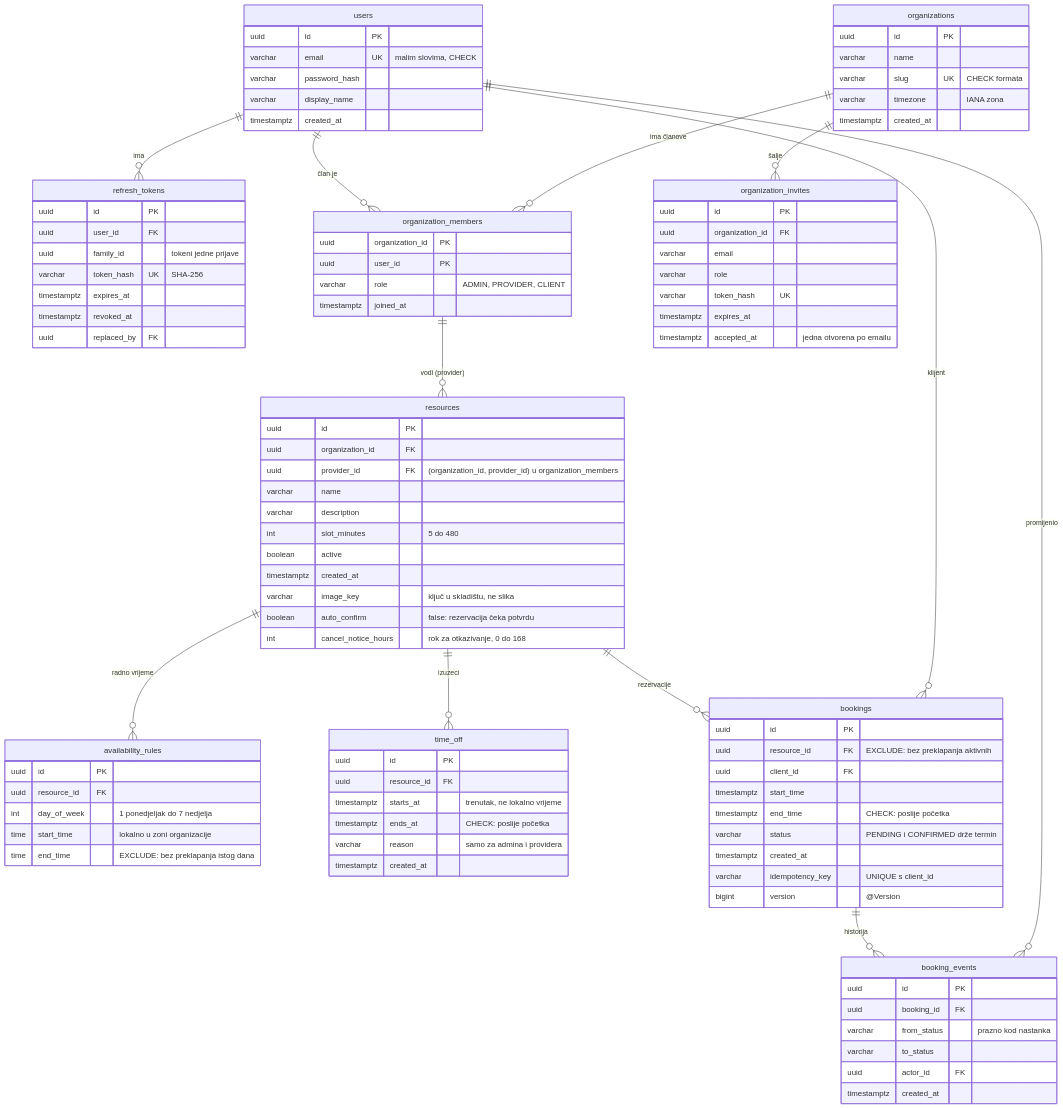
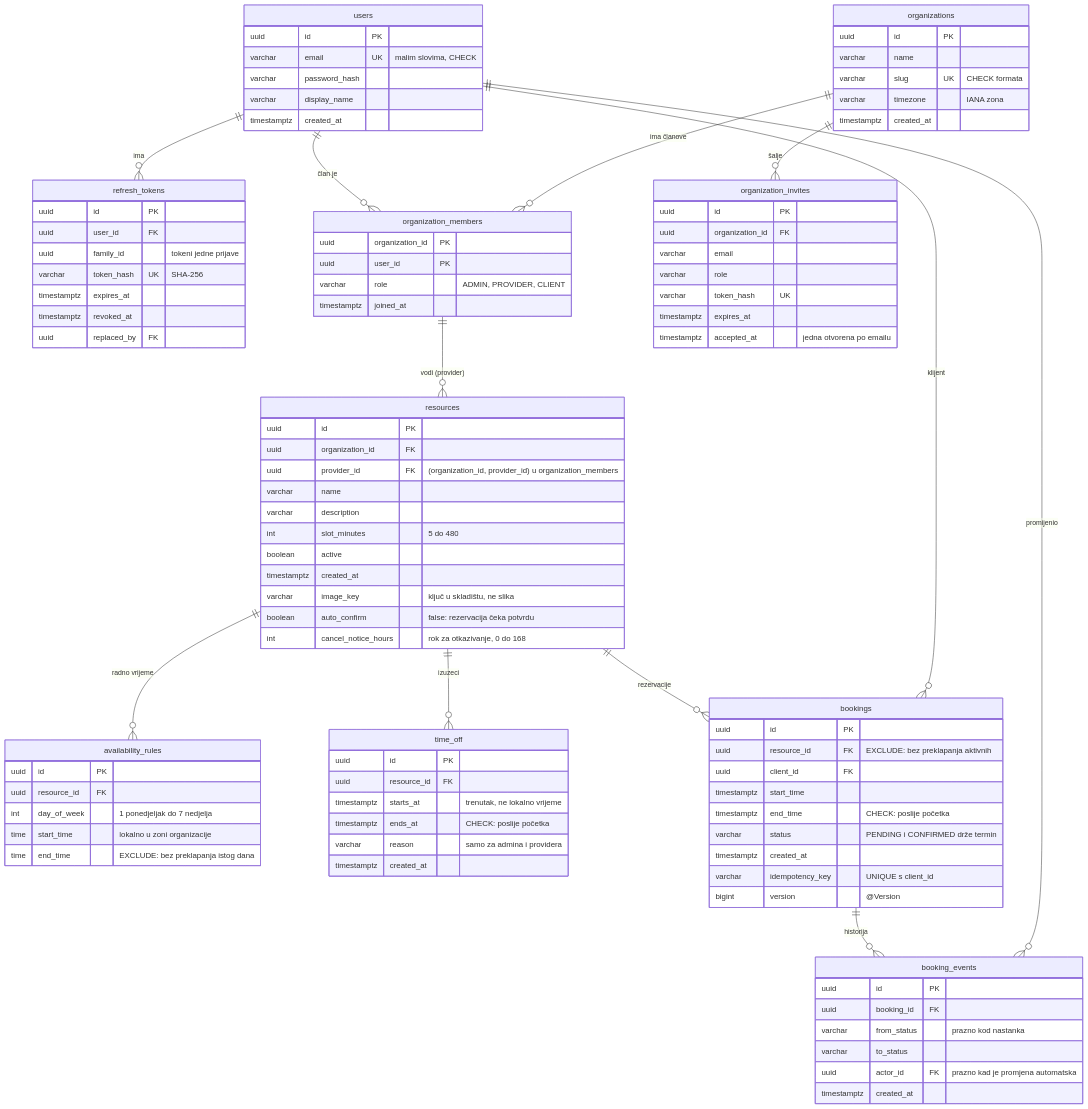
The third of 3 diagrams in docs/ARHITEKTURA.md (eminahbabovich/SlotBook), drawn with Mermaid before and after one commit. The commit also changed other lines of this file and 15 other files, not shown here.

````diff
--- a/docs/ARHITEKTURA.md
+++ b/docs/ARHITEKTURA.md
@@ -164,7 +165,7 @@
         uuid booking_id FK
         varchar from_status "prazno kod nastanka"
         varchar to_status
-        uuid actor_id FK
+        uuid actor_id FK "prazno kad je promjena automatska"
         timestamptz created_at
     }
 ```
````
